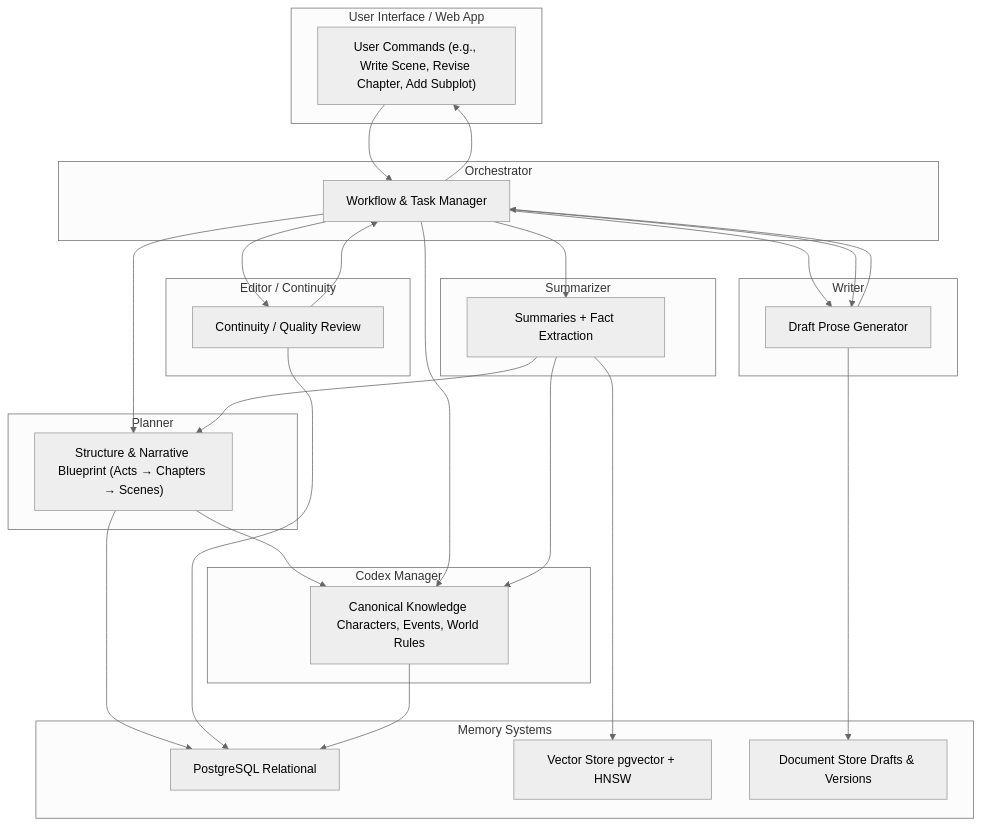
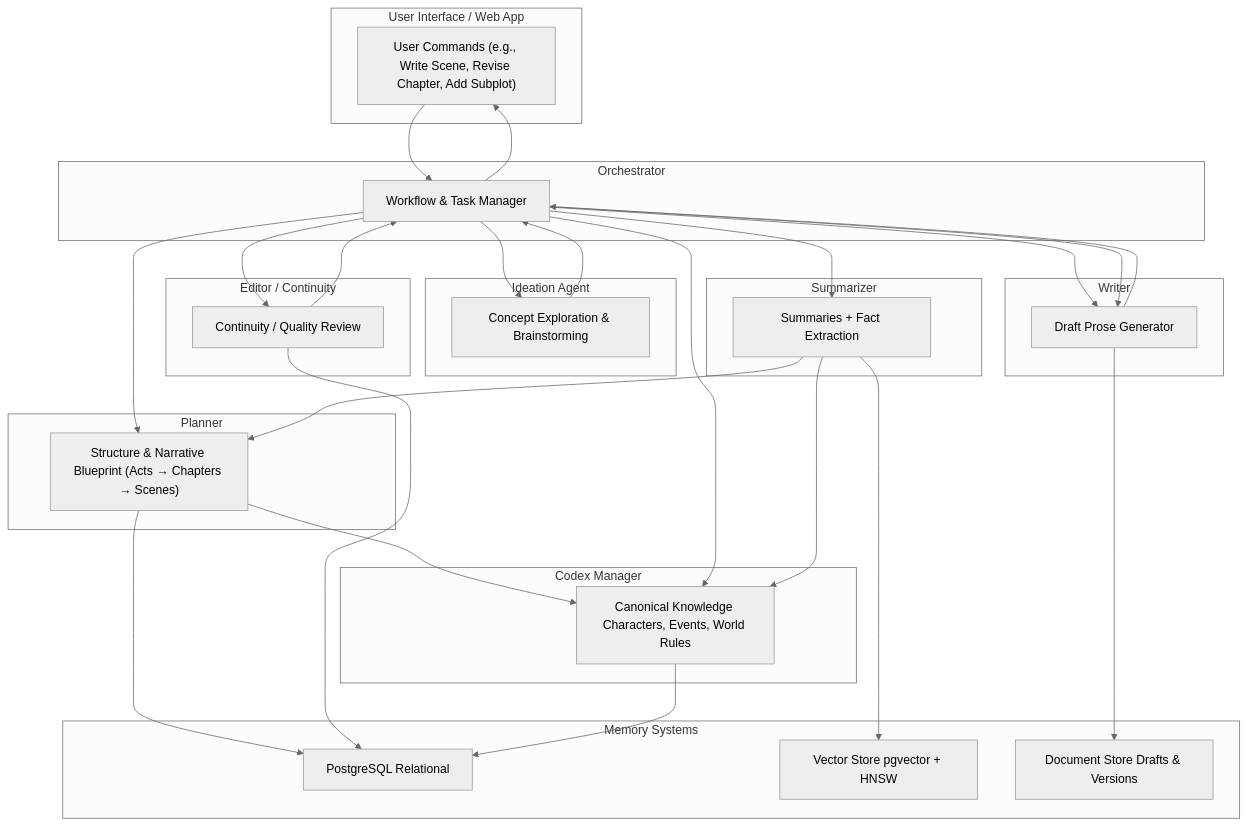
The diagram in system-flowchart.md (FrugalX/narrative-intelligence-engine), drawn with Mermaid (neutral theme) before and after one commit. The commit also changed 7 other files, not shown here.

Commit message:
Updates to add Ideation agent

````diff
--- a/system-flowchart.md
+++ b/system-flowchart.md
@@ -3,68 +3,76 @@
 ```mermaid
 flowchart TD
     subgraph UserInterface["User Interface / Web App"]
         UI["User Commands (e.g., Write Scene, Revise Chapter, Add Subplot)"]
     end
 
     subgraph Orchestrator["Orchestrator"]
         OR["Workflow & Task Manager"]
+    end
+
+    subgraph Ideation["Ideation Agent"]
+        ID["Concept Exploration & Brainstorming"]
     end
 
     subgraph Planning["Planner"]
         PL["Structure & Narrative Blueprint (Acts → Chapters → Scenes)"]
     end
 
     subgraph Writing["Writer"]
         WR["Draft Prose Generator"]
     end
 
     subgraph Editing["Editor / Continuity"]
         ED["Continuity / Quality Review"]
     end
 
     subgraph Summarizing["Summarizer"]
         SU["Summaries + Fact Extraction"]
     end
 
     subgraph Memory["Codex Manager"]
         CM["Canonical Knowledge Characters, Events, World Rules"]
     end
 
     subgraph Storage["Memory Systems"]
         DB["PostgreSQL Relational"]
         VEC["Vector Store pgvector + HNSW"]
         DOC["Document Store Drafts & Versions"]
     end
 
     %% User to Orchestrator
     UI --> OR
 
+    %% Ideation phase (optional / early)
+    OR --> ID
+    ID --> OR
+    
     %% Planning phase
     OR --> PL
     PL --> CM
 
     %% Writing phase
     OR --> CM
     OR --> WR
 
     %% Editing and revision loop
     WR --> OR
     OR --> ED
     ED --> OR
     OR --> WR
 
     %% Summarization
     OR --> SU
     SU --> CM
     SU --> PL
     SU --> VEC
 
     %% Storage hooks
     WR --> DOC
     PL --> DB
     ED --> DB
     CM --> DB
 
     %% Results to user
     OR --> UI
 ```
````
